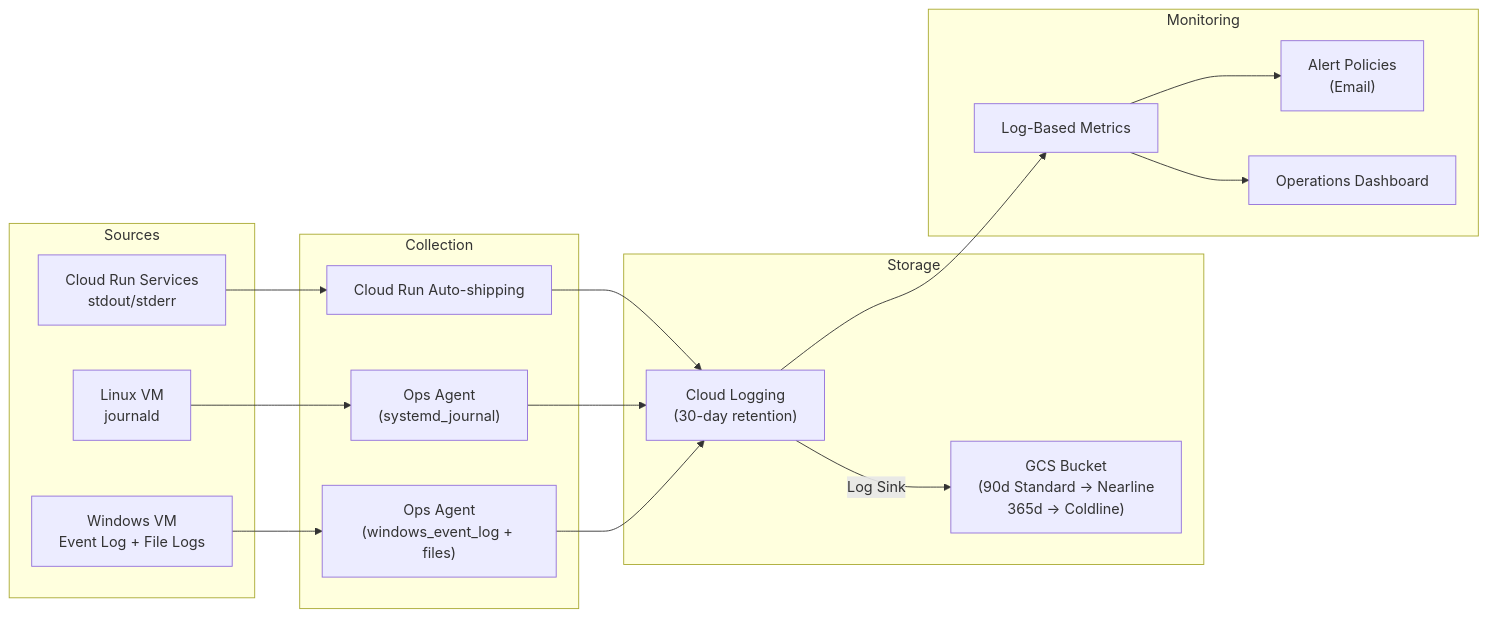
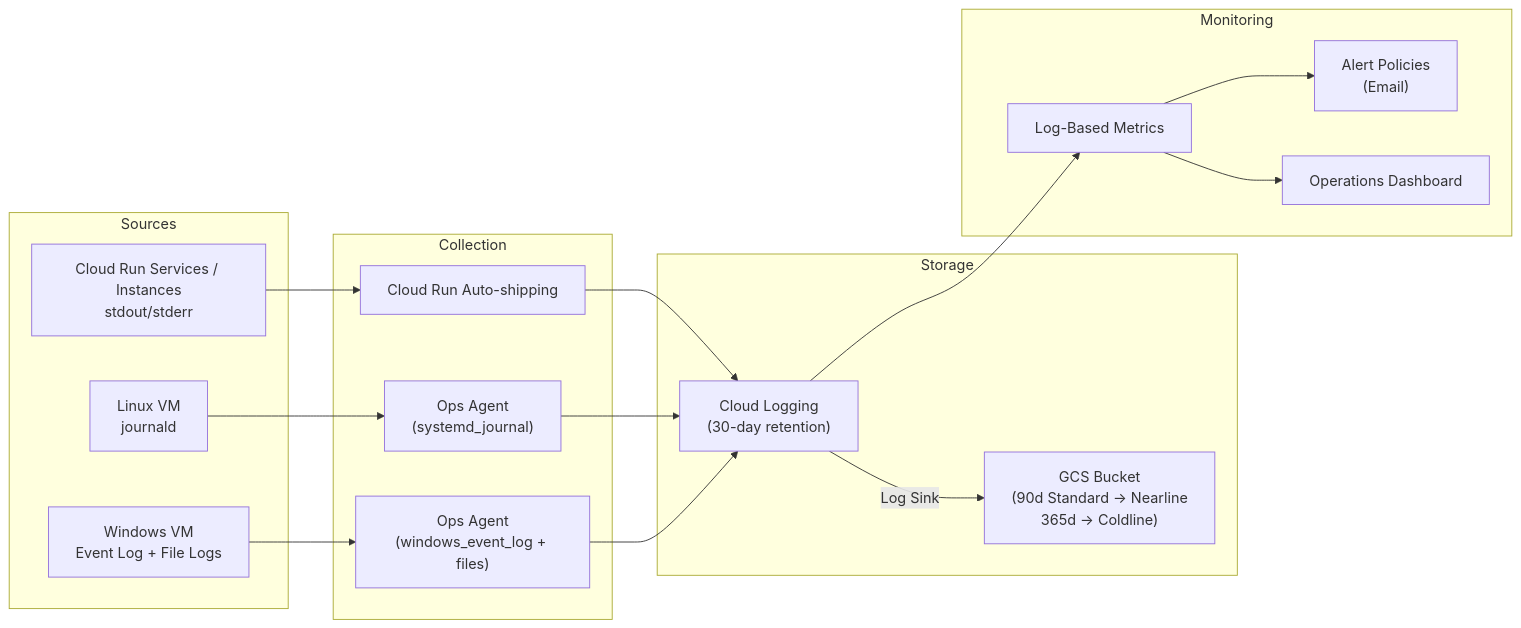
The fourth of 4 diagrams in README.md (t2tse/openclaw-cloudrun), drawn with Mermaid before and after one commit. The commit also changed other lines of this file, not shown here.

Commit message:
Add Cloud Run instances deployment option

````diff
--- a/README.md
+++ b/README.md
@@ -1131,32 +1285,32 @@
 ```mermaid
 graph LR
     subgraph Sources
-        SVC["Cloud Run Services\nstdout/stderr"]
+        SVC["Cloud Run Services / Instances\nstdout/stderr"]
         LINUX_VM["Linux VM\njournald"]
         WIN_VM["Windows VM\nEvent Log + File Logs"]
     end
 
     subgraph Collection
         CR_LOG["Cloud Run Auto-shipping"]
         OPS_LINUX["Ops Agent\n(systemd_journal)"]
         OPS_WIN["Ops Agent\n(windows_event_log + files)"]
     end
 
     subgraph Storage
         CL["Cloud Logging\n(30-day retention)"]
         GCS["GCS Bucket\n(90d Standard → Nearline\n365d → Coldline)"]
     end
 
     subgraph Monitoring
         METRICS["Log-Based Metrics"]
         ALERTS["Alert Policies\n(Email)"]
         DASH["Operations Dashboard"]
     end
 
     SVC --> CR_LOG --> CL
     LINUX_VM --> OPS_LINUX --> CL
     WIN_VM --> OPS_WIN --> CL
     CL -->|"Log Sink"| GCS
     CL --> METRICS --> ALERTS
     METRICS --> DASH
 ```
````
